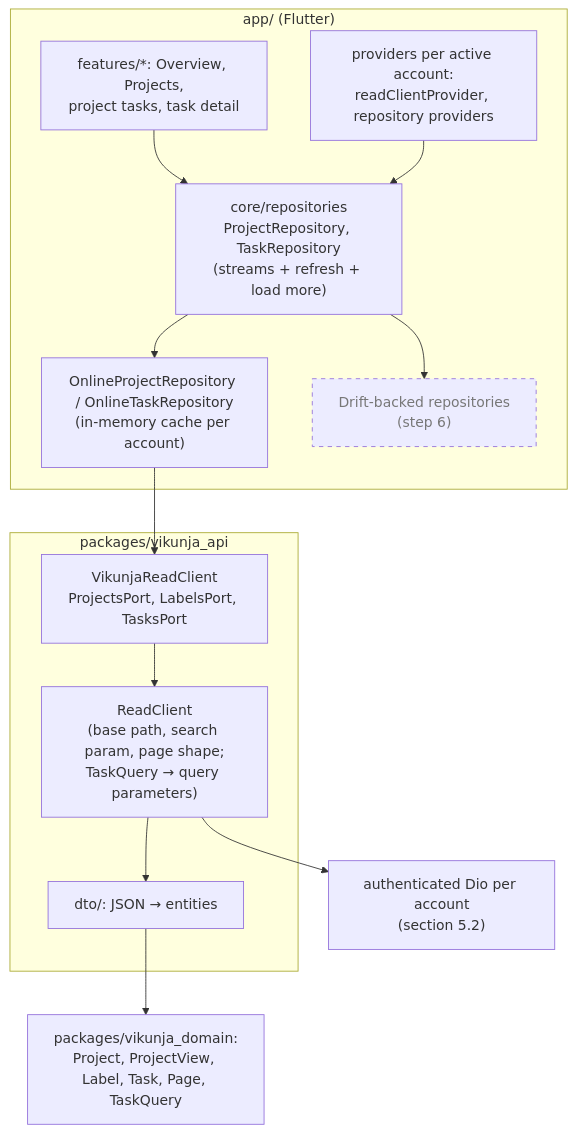
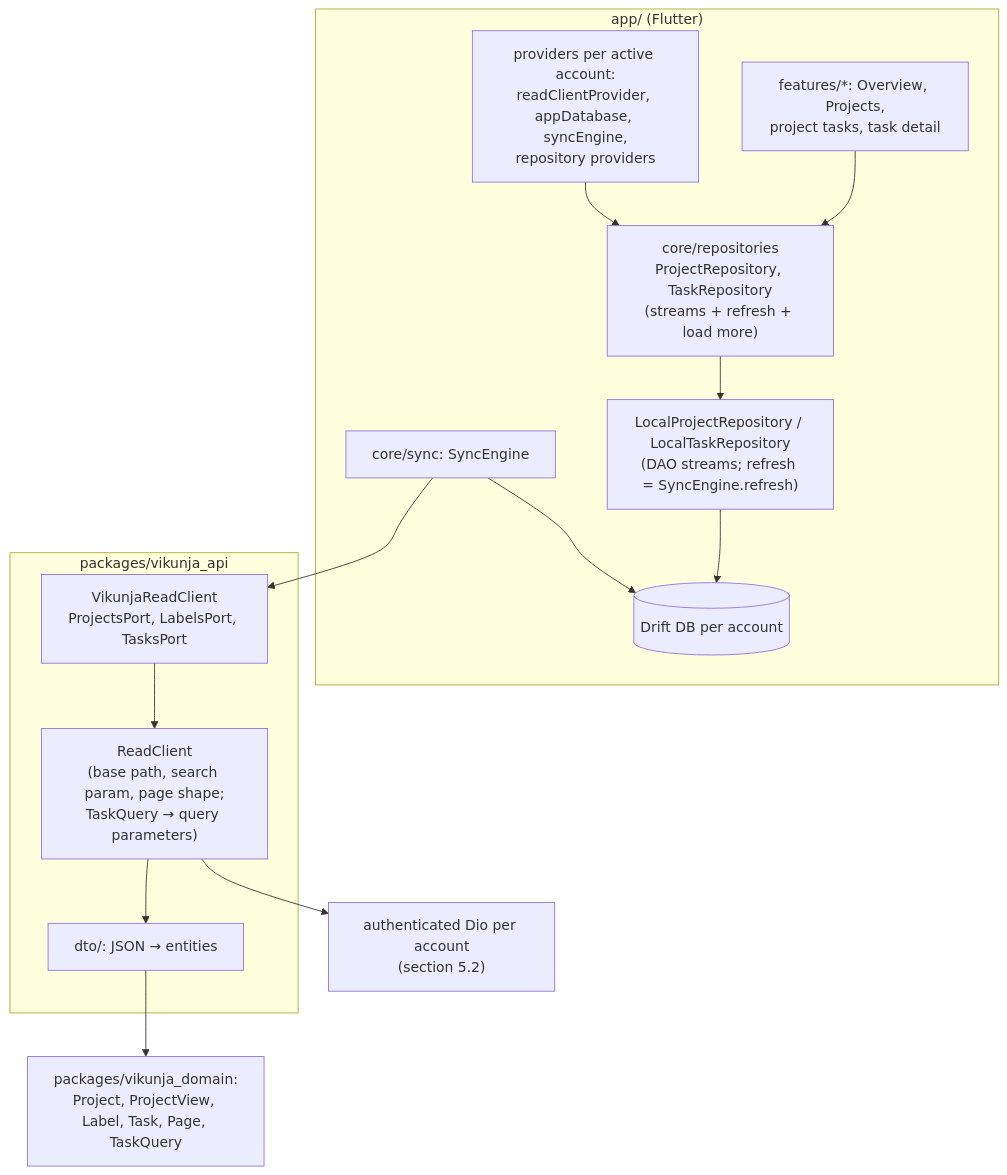
Before and after one commit to coderoftime/vikunja-app-ci-test: the fifth of 7 diagrams in docs/architecture.md, drawn with Mermaid. The commit also changed other lines of this file and 115 other files, not shown here.

First line of the commit message:
feat: local database per account and initial sync

````diff
--- a/docs/architecture.md
+++ b/docs/architecture.md
@@ -376,19 +380,17 @@
 ```mermaid
 flowchart TD
   subgraph APP["app/ (Flutter)"]
     UI["features/*: Overview, Projects,<br/>project tasks, task detail"] --> REPO["core/repositories<br/>ProjectRepository, TaskRepository<br/>(streams + refresh + load more)"]
-    PROV["providers per active account:<br/>readClientProvider, repository providers"] --> REPO
-    REPO --> ONLINE["OnlineProjectRepository / OnlineTaskRepository<br/>(in-memory cache per account)"]
-    REPO --> DRIFT["Drift-backed repositories<br/>(step 6)"]
+    PROV["providers per active account:<br/>readClientProvider, appDatabase, syncEngine,<br/>repository providers"] --> REPO
+    REPO --> LOCAL["LocalProjectRepository / LocalTaskRepository<br/>(DAO streams; refresh = SyncEngine.refresh)"]
+    LOCAL --> DB[("Drift DB per account")]
+    SYNC["core/sync: SyncEngine"] --> DB
   end
   subgraph API["packages/vikunja_api"]
     PORTS["VikunjaReadClient<br/>ProjectsPort, LabelsPort, TasksPort"] --> RC["ReadClient<br/>(base path, search param, page shape;<br/>TaskQuery → query parameters)"]
     RC --> DTO["dto/: JSON → entities"]
   end
-  ONLINE --> PORTS
+  SYNC --> PORTS
   RC --> DIO["authenticated Dio per account<br/>(section 5.2)"]
   DTO --> DOM["packages/vikunja_domain:<br/>Project, ProjectView, Label, Task, Page, TaskQuery"]
-
-  classDef planned stroke-dasharray: 5 5,color:#777
-  class DRIFT planned
 ```
````
